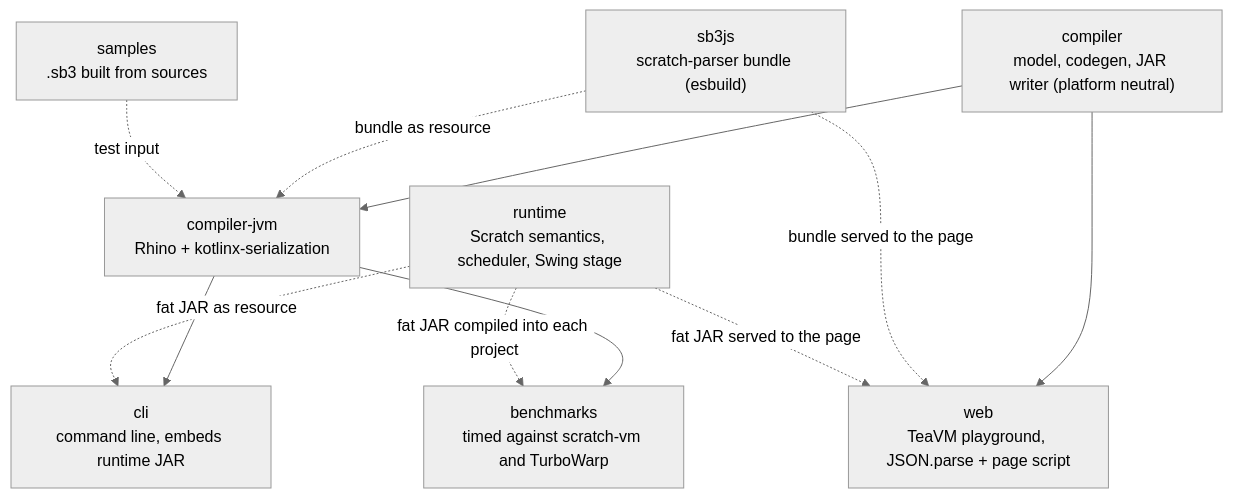
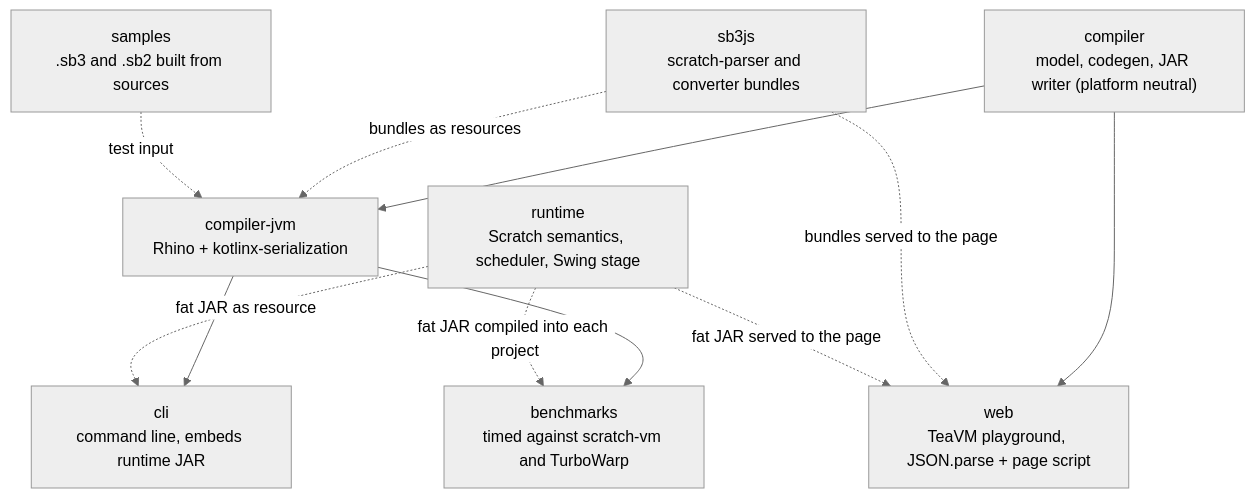
Before and after one commit to AstroBlocksMod/jScratch: the fifth of 5 diagrams in docs/architecture.md, drawn with Mermaid (neutral theme). The commit also changed other lines of this file and 43 other files, not shown here.

````diff
--- a/docs/architecture.md
+++ b/docs/architecture.md
@@ -116,21 +144,21 @@
 ```mermaid
 flowchart TD
-    sb3js["sb3js<br>scratch-parser bundle (esbuild)"]
+    sb3js["sb3js<br>scratch-parser and converter bundles"]
     runtime["runtime<br>Scratch semantics, scheduler, Swing stage"]
     compiler["compiler<br>model, codegen, JAR writer (platform neutral)"]
     compilerJvm["compiler-jvm<br>Rhino + kotlinx-serialization"]
     cli["cli<br>command line, embeds runtime JAR"]
     web["web<br>TeaVM playground, JSON.parse + page script"]
-    samples["samples<br>.sb3 built from sources"]
+    samples["samples<br>.sb3 and .sb2 built from sources"]
     benchmarks["benchmarks<br>timed against scratch-vm and TurboWarp"]
     compiler --> compilerJvm
     compiler --> web
     compilerJvm --> cli
     compilerJvm --> benchmarks
     runtime -. fat JAR compiled into each project .-> benchmarks
-    sb3js -. bundle as resource .-> compilerJvm
-    sb3js -. bundle served to the page .-> web
+    sb3js -. bundles as resources .-> compilerJvm
+    sb3js -. bundles served to the page .-> web
     runtime -. fat JAR as resource .-> cli
     runtime -. fat JAR served to the page .-> web
     samples -. test input .-> compilerJvm
 ```
````
